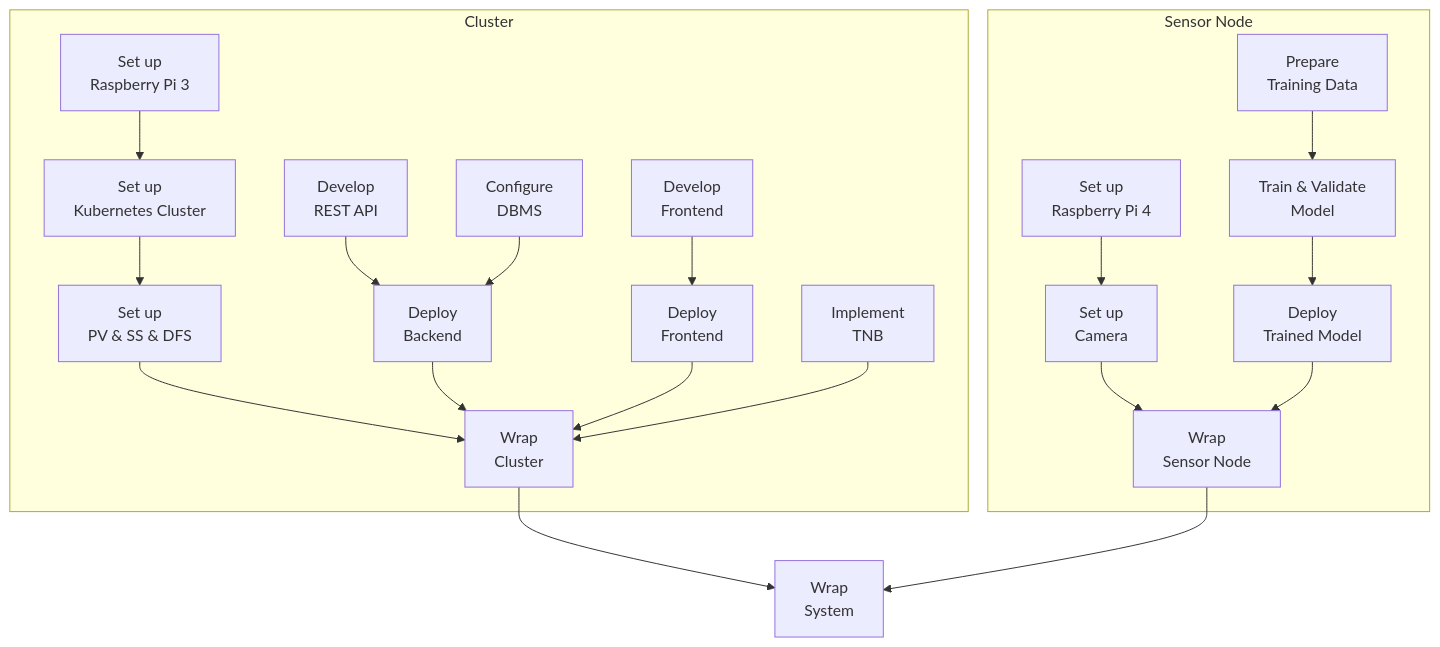
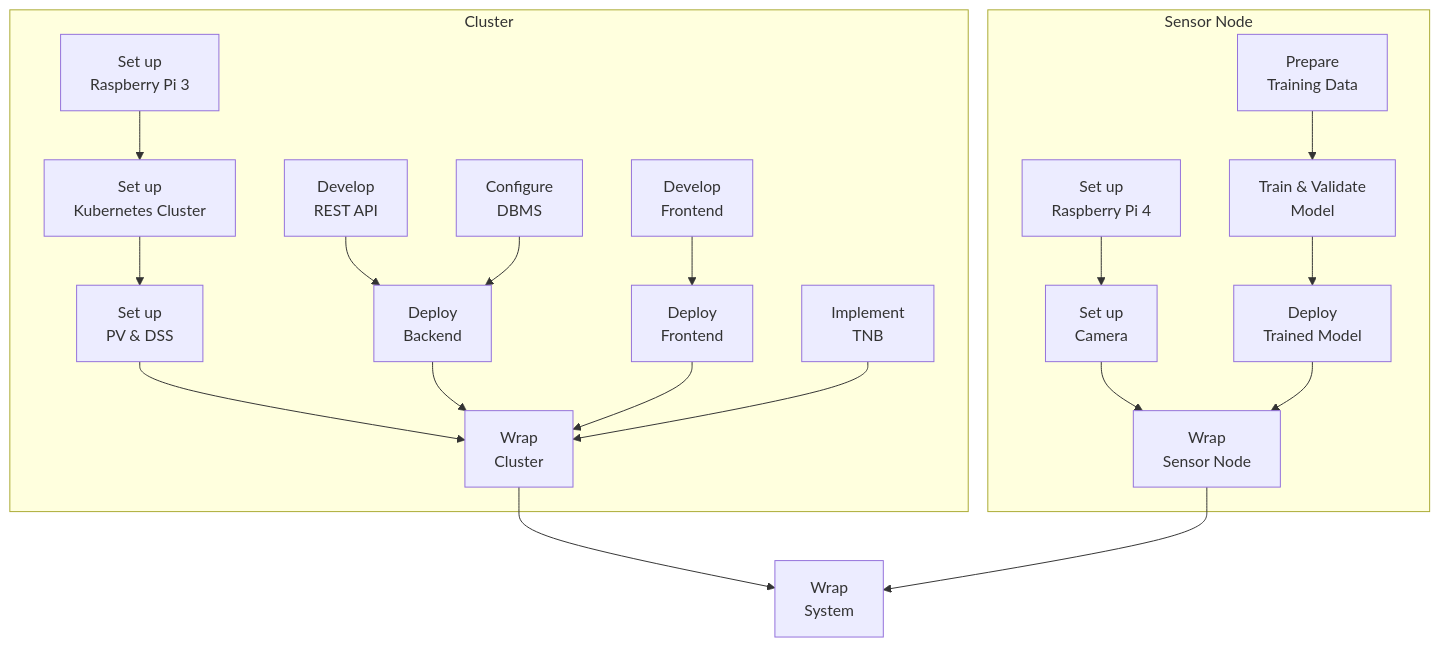
Before and after one commit to ccfrauasgr2/pet-detection: the second of 2 diagrams in docs/Group_2_SS23_ProjectReport.md, drawn with Mermaid. The commit also changed other lines of this file, not shown here.

Commit message:
chore: simplified architecture

````diff
--- a/docs/Group_2_SS23_ProjectReport.md
+++ b/docs/Group_2_SS23_ProjectReport.md
@@ -113,47 +111,47 @@
 ```mermaid
 flowchart TD
     
     subgraph Sensor Node
     id11[Set up\nRaspberry Pi 4]
     id12[Set up\nCamera]
     id13[Prepare\nTraining Data]
     id14[Train & Validate\nModel]
     id15[Deploy\nTrained Model]
     id16[Wrap\nSensor Node]
     
     id11 --> id12
     id13 --> id14 --> id15
     id12 & id15 --> id16
     end
         
     subgraph Cluster
     id21[Set up\nRaspberry Pi 3]
     id22[Set up\nKubernetes Cluster]
-    id23[Set up\nPV & SS & DFS]
+    id23[Set up\nPV & DSS]
     id24[Develop\nREST API]
     id25[Deploy\nBackend]
     id26[Configure\nDBMS]
     
 
     id21 --> id22 --> id23 
     id24 & id26 --> id25
         
     id31[Develop\nFrontend]
     id32[Deploy\nFrontend]
     id33[Implement\nTNB]
 
     id31 --> id32
 
     id41[Wrap\nCluster]
     end
 
     
     id51[Wrap\nSystem]
 
     id23  & id25 & id32 & id33 --> id41
     id41 & id16 --> id51
     
 
    
 
 ```
````
